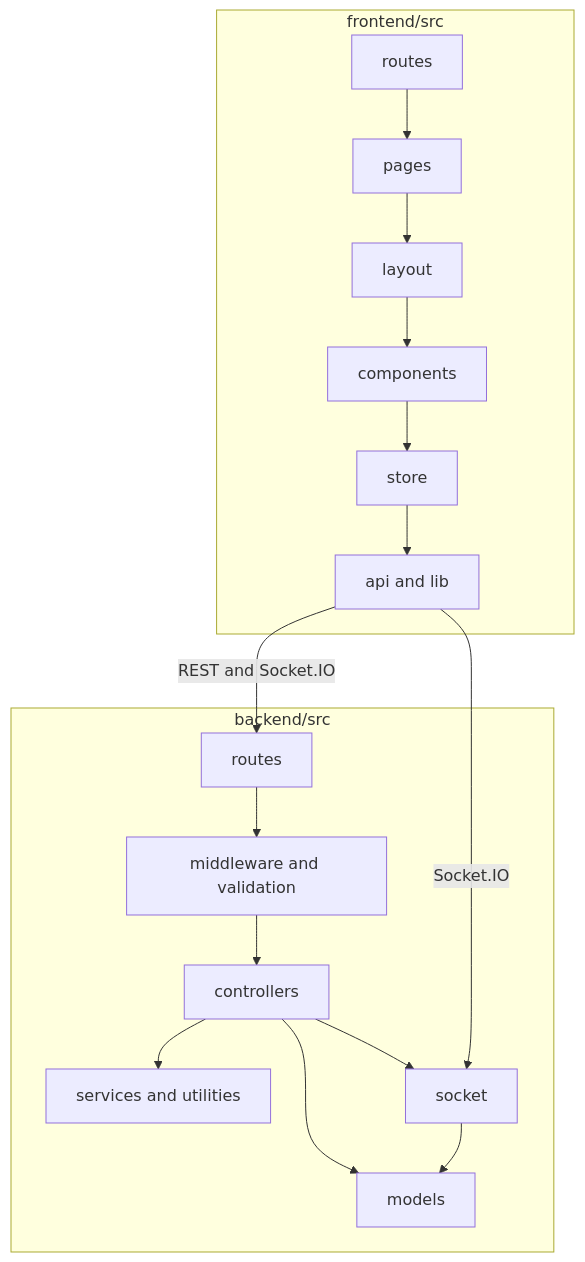
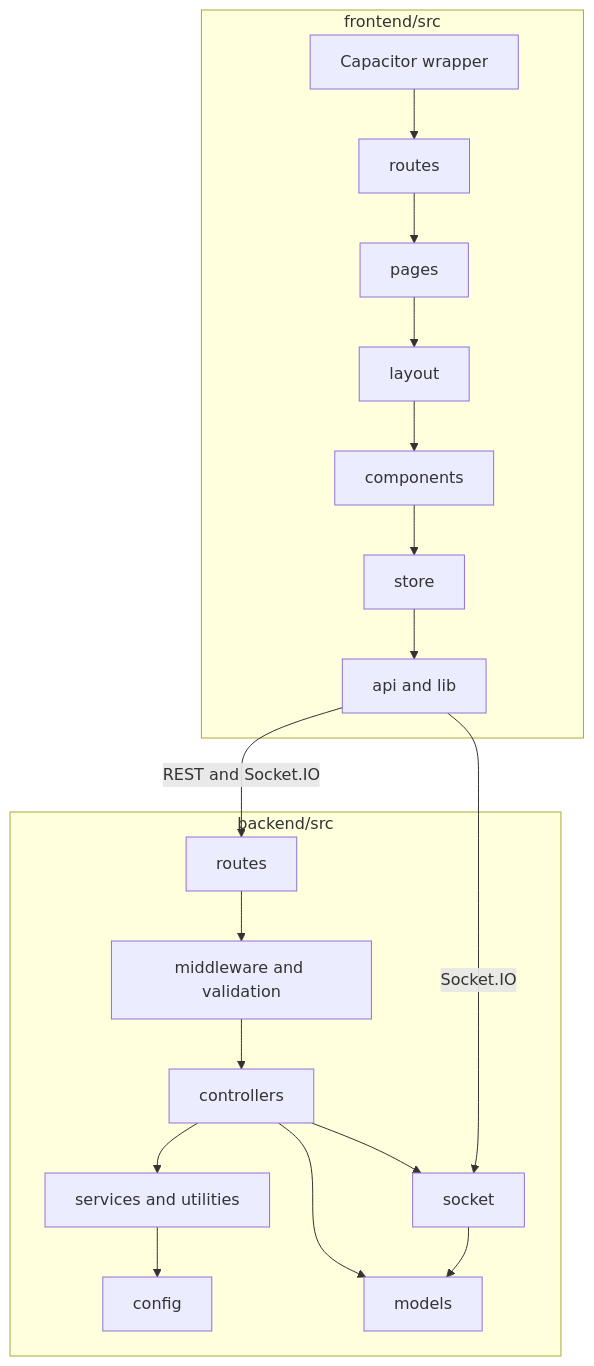
The tenth of 26 diagrams in docs/10-diagram-catalog.md (Saurav11343/click-chat), drawn with Mermaid before and after one commit. The commit also changed other lines of this file and 11 other files, not shown here.

Commit message:
update diagrams

````diff
--- a/docs/10-diagram-catalog.md
+++ b/docs/10-diagram-catalog.md
@@ -273,36 +330,40 @@
 ```mermaid
 flowchart TB
     subgraph Frontend["frontend/src"]
         FrontRoutes["routes"]
         FrontPages["pages"]
         FrontLayout["layout"]
         FrontComponents["components"]
         FrontStores["store"]
         FrontLib["api and lib"]
+        FrontAndroid["Capacitor wrapper"]
 
         FrontRoutes --> FrontPages
         FrontPages --> FrontLayout
         FrontLayout --> FrontComponents
         FrontComponents --> FrontStores
         FrontStores --> FrontLib
     end
 
     subgraph Backend["backend/src"]
         BackRoutes["routes"]
         BackMiddleware["middleware and validation"]
         BackControllers["controllers"]
         BackServices["services and utilities"]
         BackModels["models"]
         BackSocket["socket"]
+        BackConfig["config"]
 
         BackRoutes --> BackMiddleware
         BackMiddleware --> BackControllers
         BackControllers --> BackServices
         BackControllers --> BackModels
         BackControllers --> BackSocket
         BackSocket --> BackModels
+        BackServices --> BackConfig
     end
 
     FrontLib -->|"REST and Socket.IO"| BackRoutes
     FrontLib -->|"Socket.IO"| BackSocket
+    FrontAndroid --> FrontRoutes
 ```
````
